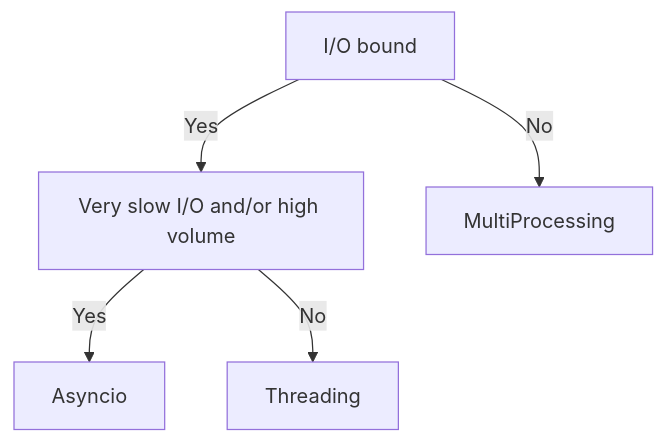
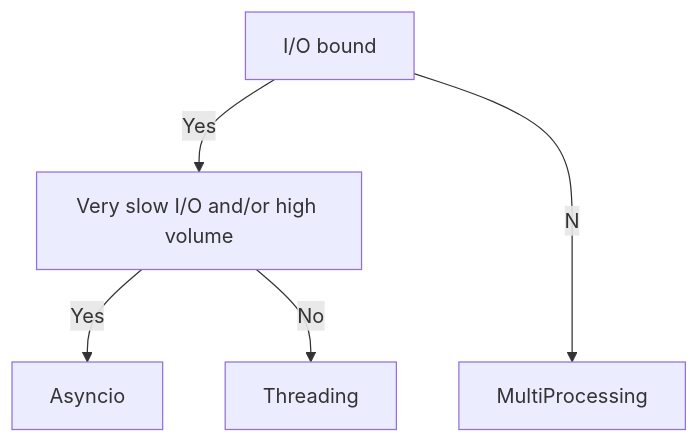
Before and after one commit to mbrycke/mbrycke.github.io: the diagram in _posts/2024-05-02-threading_vs_multiprocessing_vs_asyncio.md, drawn with Mermaid.

Commit message:
small fix

````diff
--- a/_posts/2024-05-02-threading_vs_multiprocessing_vs_asyncio.md
+++ b/_posts/2024-05-02-threading_vs_multiprocessing_vs_asyncio.md
@@ -9,8 +9,8 @@
 ```mermaid
 graph TD
 
-A[I/O bound] -- "Yes" --> B[Very slow I/O and/or high volume]
-A -- "No"--> C[MultiProcessing]
-B --"Yes"--> E[Asyncio]
-B --"No"--> D[Threading]
+A[I/O bound] -- Yes --> B[Very slow I/O and/or high volume]
+A -- No--> C[MultiProcessing]
+B -- Yes --> E[Asyncio]
+B -- No --> D[Threading]
 ```
````
